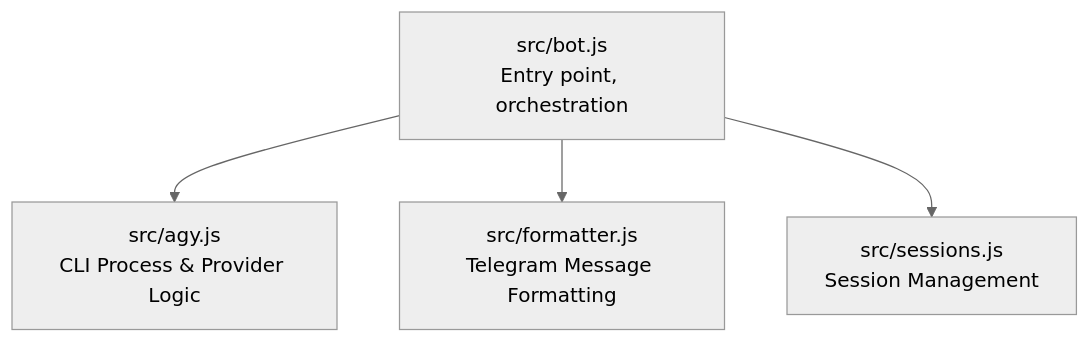
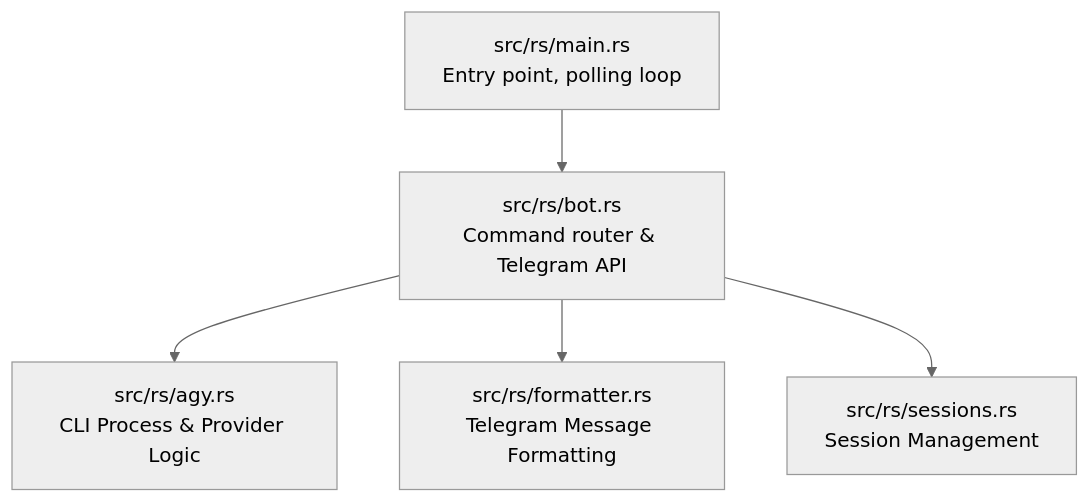
One commit to VitruvianSoftware/vitruvian-core changed the second of 6 diagrams in apps/desktop/vitruvian-code/README.md. Above: the diagram before and after it, drawn with Mermaid (neutral theme). The commit also changed other lines of this file and 36 other files, not shown here.

````diff
--- a/apps/desktop/vitruvian-code/README.md
+++ b/apps/desktop/vitruvian-code/README.md
@@ -46,6 +46,7 @@
 ```mermaid
 graph TD
-    A[src/bot.js<br>Entry point, orchestration] --> B[src/agy.js<br>CLI Process & Provider Logic]
-    A --> C[src/formatter.js<br>Telegram Message Formatting]
-    A --> D[src/sessions.js<br>Session Management]
+    A[src/rs/main.rs<br>Entry point, polling loop] --> B[src/rs/bot.rs<br>Command router & Telegram API]
+    B --> C[src/rs/agy.rs<br>CLI Process & Provider Logic]
+    B --> D[src/rs/formatter.rs<br>Telegram Message Formatting]
+    B --> E[src/rs/sessions.rs<br>Session Management]
 ```
````
